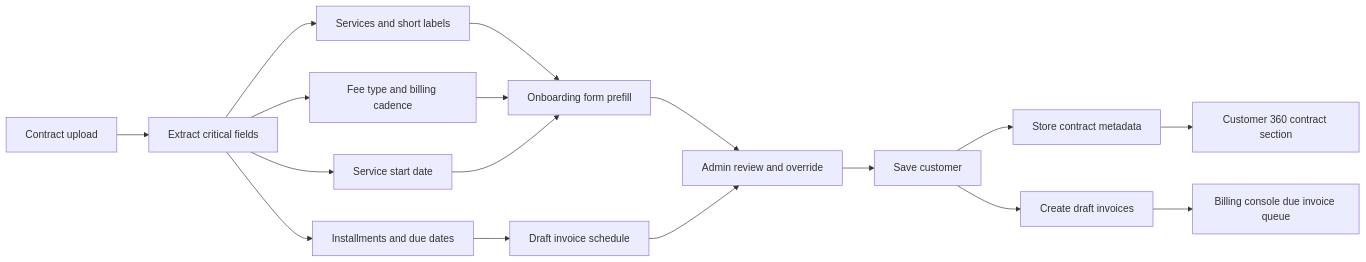
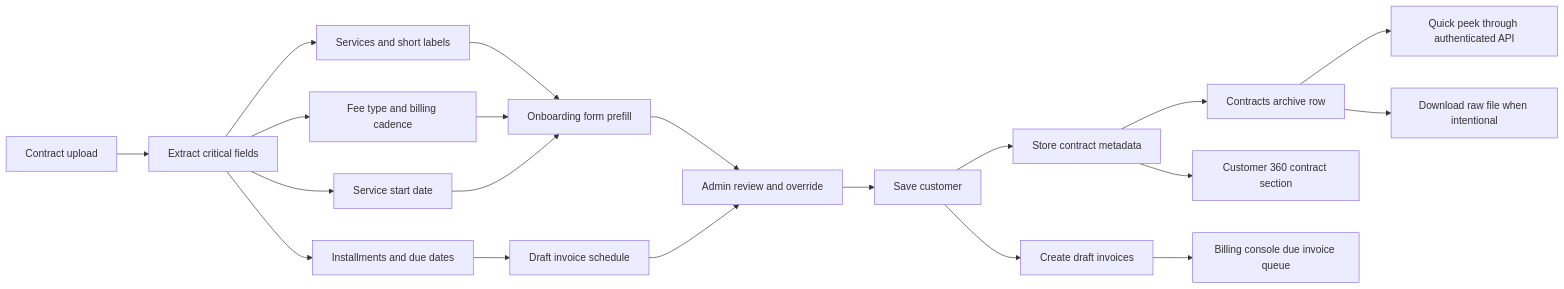
The second of 8 diagrams in docs/flow-diagrams.md (dlk710/setu-finance), drawn with Mermaid before and after one commit. The commit also changed other lines of this file and 32 other files, not shown here.

Commit message:
Update contracts archive and AskSetu docs

````diff
--- a/docs/flow-diagrams.md
+++ b/docs/flow-diagrams.md
@@ -38,19 +38,22 @@
 ```mermaid
 flowchart LR
     A["Contract upload"] --> B["Extract critical fields"]
     B --> C["Services and short labels"]
     B --> D["Fee type and billing cadence"]
     B --> E["Installments and due dates"]
     B --> F["Service start date"]
     C --> G["Onboarding form prefill"]
     D --> G
     E --> H["Draft invoice schedule"]
     F --> G
     G --> I["Admin review and override"]
     H --> I
     I --> J["Save customer"]
     J --> K["Store contract metadata"]
-    J --> L["Create draft invoices"]
-    K --> M["Customer 360 contract section"]
-    L --> N["Billing console due invoice queue"]
+    K --> L["Contracts archive row"]
+    L --> M["Quick peek through authenticated API"]
+    L --> N["Download raw file when intentional"]
+    J --> O["Create draft invoices"]
+    K --> P["Customer 360 contract section"]
+    O --> Q["Billing console due invoice queue"]
 ```
````
